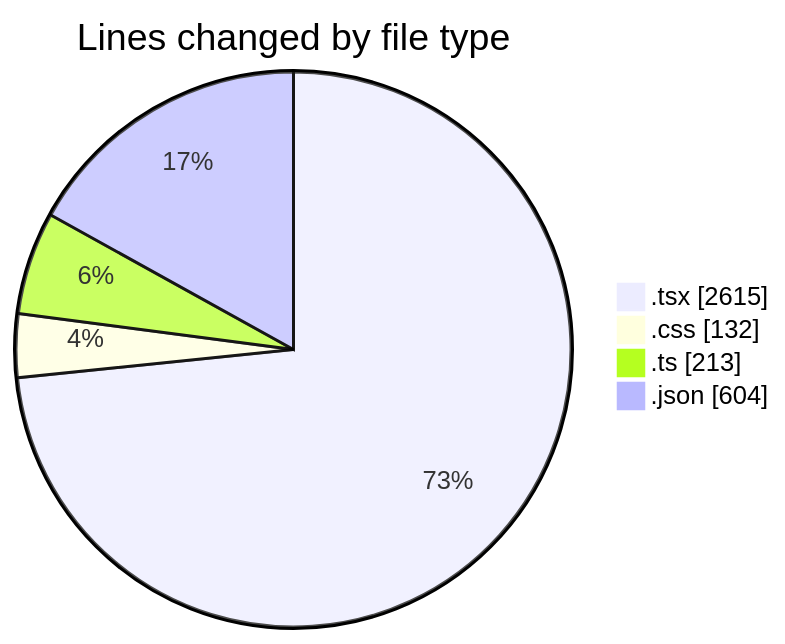
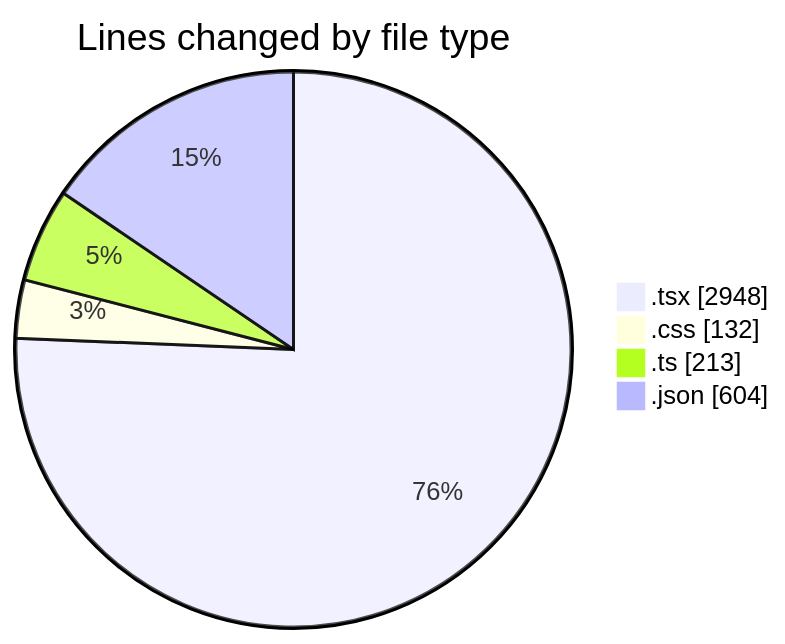
The first of 2 diagrams in 2025-05-06/niten/README.md (Elitesun/code-tracking), drawn with Mermaid before and after one commit. The commit also changed other lines of this file and 1 other file, not shown here.

````diff
--- a/2025-05-06/niten/README.md
+++ b/2025-05-06/niten/README.md
@@ -55,8 +56,8 @@
 ```mermaid
 pie showData
 title Lines changed by file type
-".tsx" : 2615
+".tsx" : 2948
 ".css" : 132
 ".ts" : 213
 ".json" : 604
 ```
````
